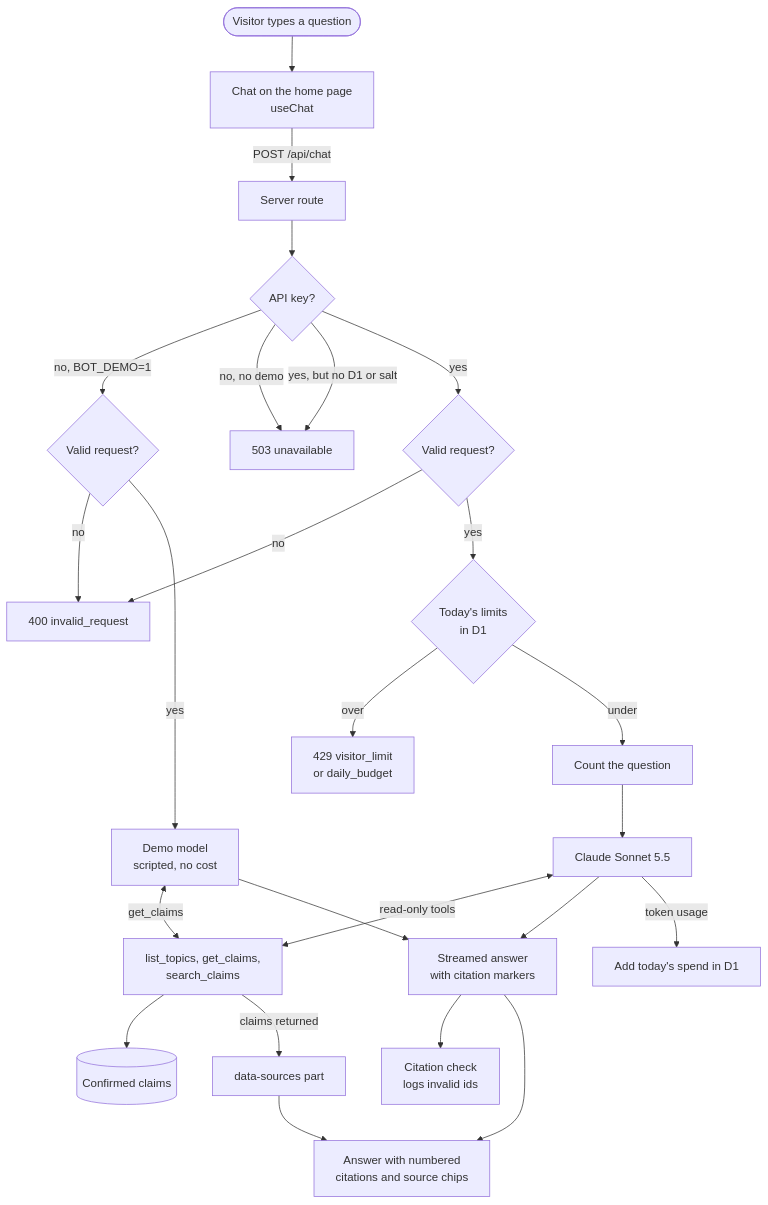
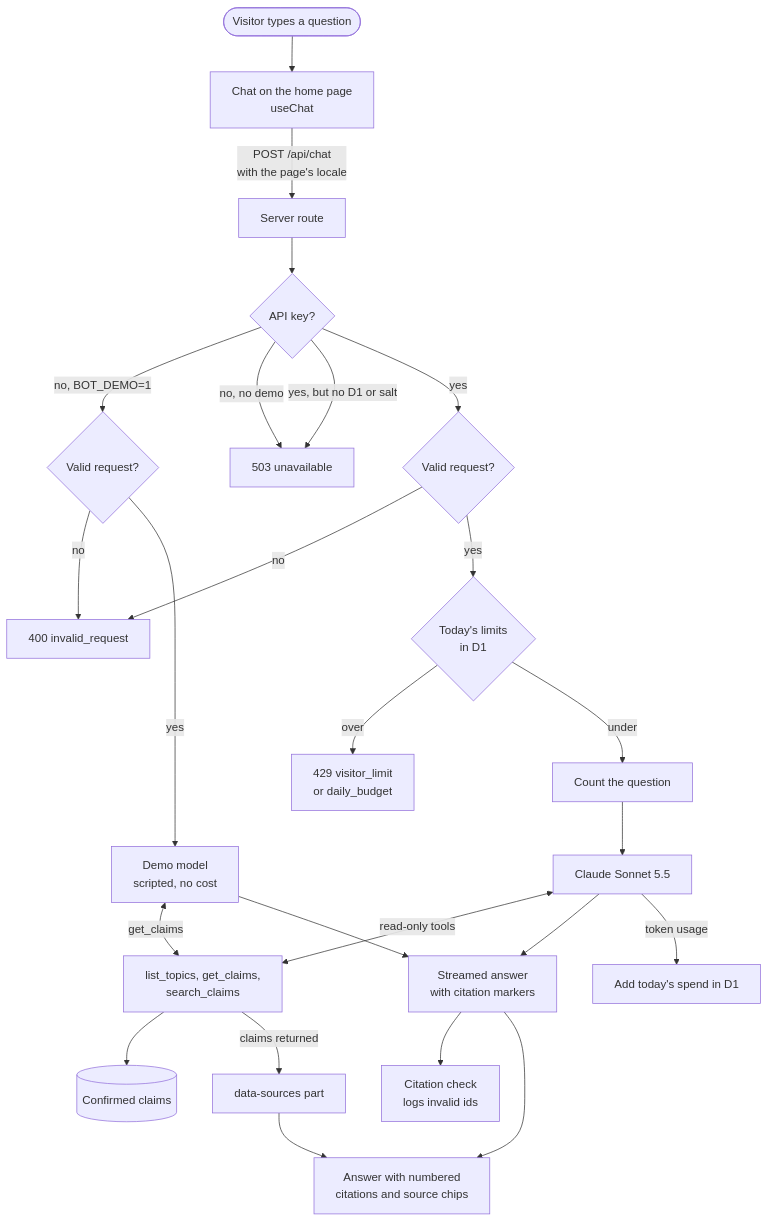
Before and after one commit to Zitric/julianpalomo.dev: the diagram in docs/architecture.md, drawn with Mermaid. The commit also changed other lines of this file and 13 other files, not shown here.

````diff
--- a/docs/architecture.md
+++ b/docs/architecture.md
@@ -6,27 +6,27 @@
 ```mermaid
 flowchart TD
   visitor([Visitor types a question]) --> chat[Chat on the home page<br/>useChat]
-  chat -->|POST /api/chat| route[Server route]
+  chat -->|POST /api/chat<br/>with the page's locale| route[Server route]
   route --> key{API key?}
   key -->|no, BOT_DEMO=1| validateDemo{Valid request?}
   key -->|no, no demo| r503[503 unavailable]
   key -->|yes, but no D1 or salt| r503
   key -->|yes| validate{Valid request?}
   validate -->|no| r400[400 invalid_request]
   validateDemo -->|no| r400
   validateDemo -->|yes| demo[Demo model<br/>scripted, no cost]
   validate -->|yes| limits{Today's limits<br/>in D1}
   limits -->|over| r429[429 visitor_limit<br/>or daily_budget]
   limits -->|under| count[Count the question]
   count --> model[Claude Sonnet 5.5]
   model <-->|read-only tools| tools[list_topics, get_claims,<br/>search_claims]
   demo <-->|get_claims| tools
   tools --> claims[(Confirmed claims)]
   tools -->|claims returned| sources[data-sources part]
   model --> stream[Streamed answer<br/>with citation markers]
   demo --> stream
   stream --> check[Citation check<br/>logs invalid ids]
   model -->|token usage| spend[Add today's spend in D1]
   stream --> render[Answer with numbered<br/>citations and source chips]
   sources --> render
 ```
````
